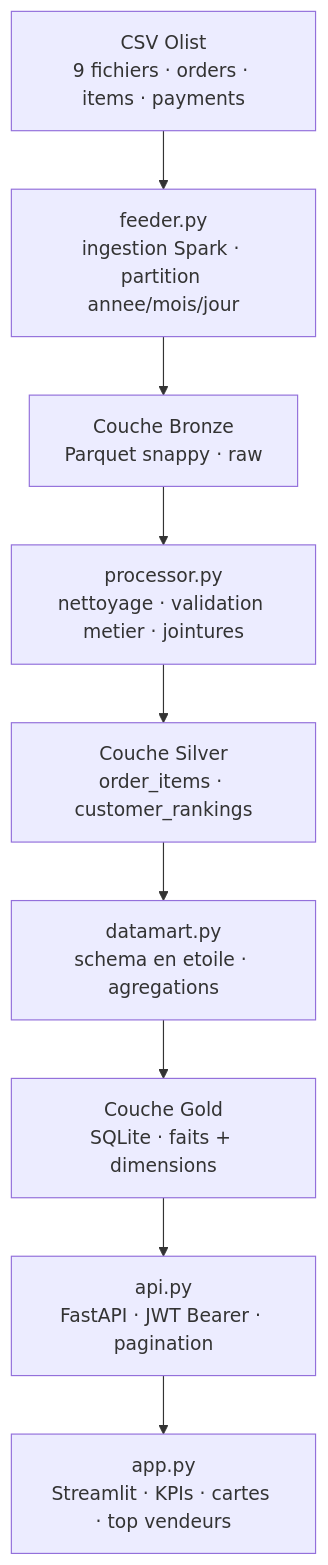
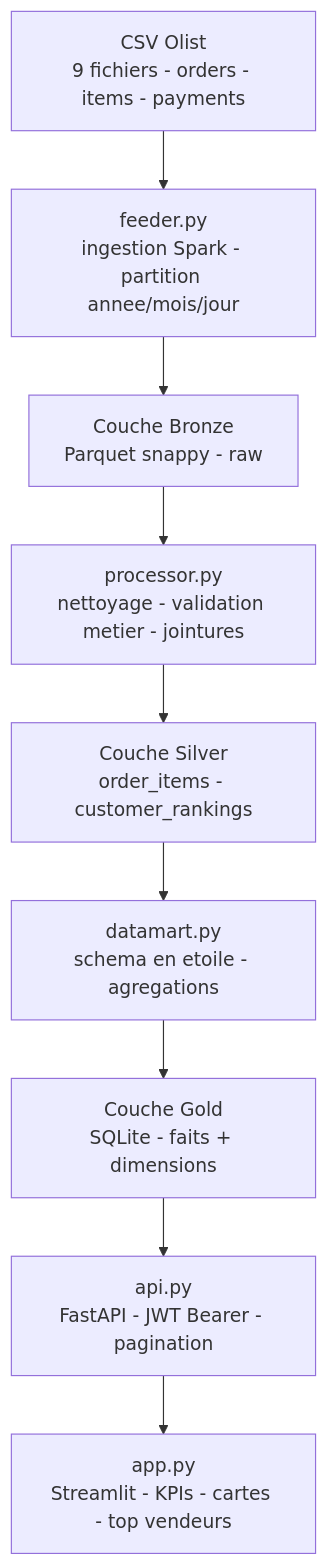
The diagram in README.md (Adam-Blf/projet-dataeng-m1), drawn with Mermaid before and after one commit. The commit also changed other lines of this file, not shown here.

Commit message:
docs: typography pass, no em dash or middle dot (#1)

````diff
--- a/README.md
+++ b/README.md
@@ -29,14 +29,14 @@
 ```mermaid
 flowchart TB
-    SRC["CSV Olist<br/>9 fichiers · orders · items · payments"]
-    FEED["feeder.py<br/>ingestion Spark · partition annee/mois/jour"]
-    BRONZE["Couche Bronze<br/>Parquet snappy · raw"]
-    PROC["processor.py<br/>nettoyage · validation metier · jointures"]
-    SILVER["Couche Silver<br/>order_items · customer_rankings"]
-    MART["datamart.py<br/>schema en etoile · agregations"]
-    GOLD["Couche Gold<br/>SQLite · faits + dimensions"]
-    API["api.py<br/>FastAPI · JWT Bearer · pagination"]
-    DASH["app.py<br/>Streamlit · KPIs · cartes · top vendeurs"]
+    SRC["CSV Olist<br/>9 fichiers - orders - items - payments"]
+    FEED["feeder.py<br/>ingestion Spark - partition annee/mois/jour"]
+    BRONZE["Couche Bronze<br/>Parquet snappy - raw"]
+    PROC["processor.py<br/>nettoyage - validation metier - jointures"]
+    SILVER["Couche Silver<br/>order_items - customer_rankings"]
+    MART["datamart.py<br/>schema en etoile - agregations"]
+    GOLD["Couche Gold<br/>SQLite - faits + dimensions"]
+    API["api.py<br/>FastAPI - JWT Bearer - pagination"]
+    DASH["app.py<br/>Streamlit - KPIs - cartes - top vendeurs"]
 
     SRC --> FEED --> BRONZE --> PROC --> SILVER --> MART --> GOLD --> API --> DASH
 ```
````
